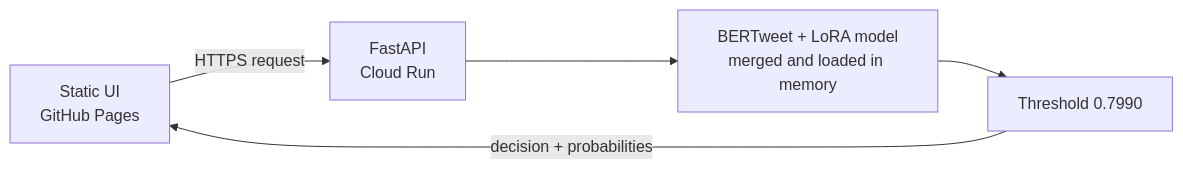
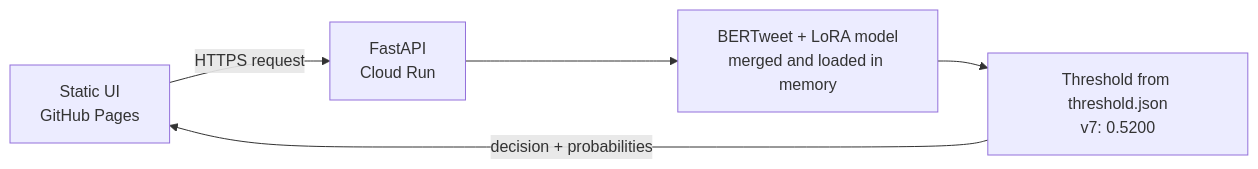
The diagram in README.md (anutej-kardele/bertweet-guard), drawn with Mermaid before and after one commit. The commit also changed other lines of this file and 1 other file, not shown here.

````diff
--- a/README.md
+++ b/README.md
@@ -847,7 +1046,7 @@
 ```mermaid
 flowchart LR
     UI["Static UI<br/>GitHub Pages"] -->|HTTPS request| API["FastAPI<br/>Cloud Run"]
     API --> MODEL["BERTweet + LoRA model<br/>merged and loaded in memory"]
-    MODEL --> RULE["Threshold 0.7990"]
+    MODEL --> RULE["Threshold from threshold.json<br/>v7: 0.5200"]
     RULE -->|decision + probabilities| UI
 ```
````
